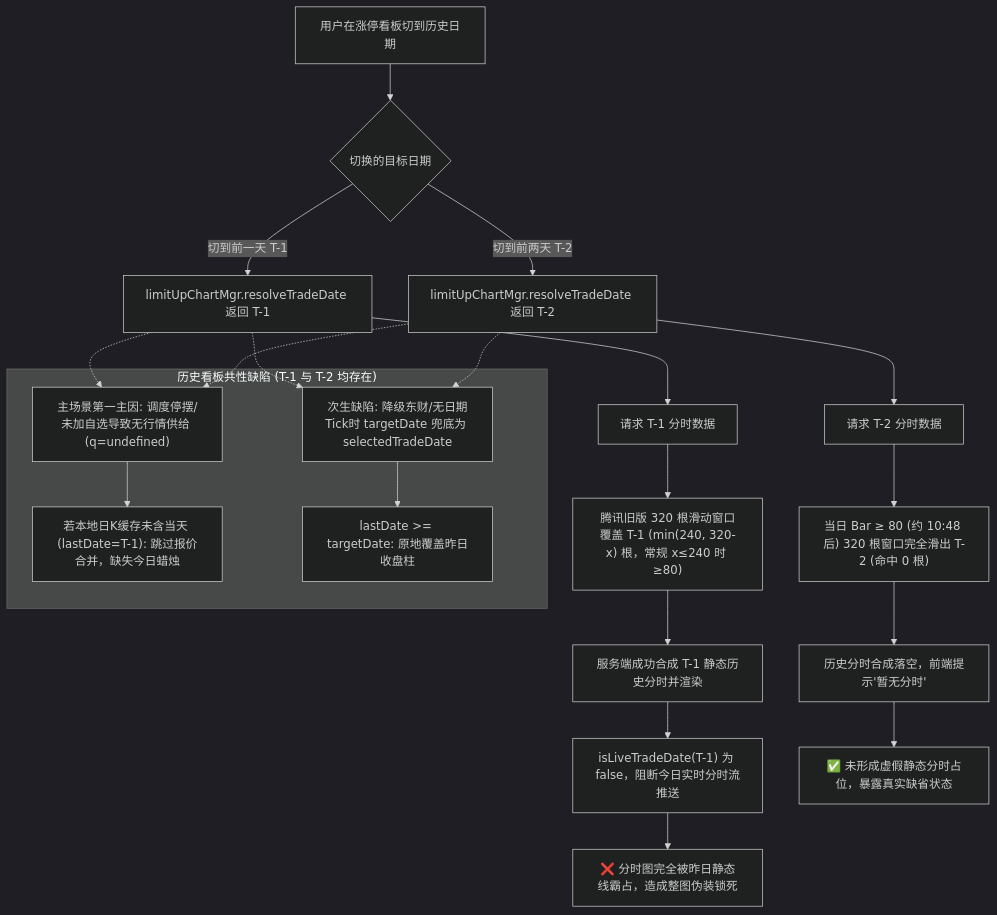
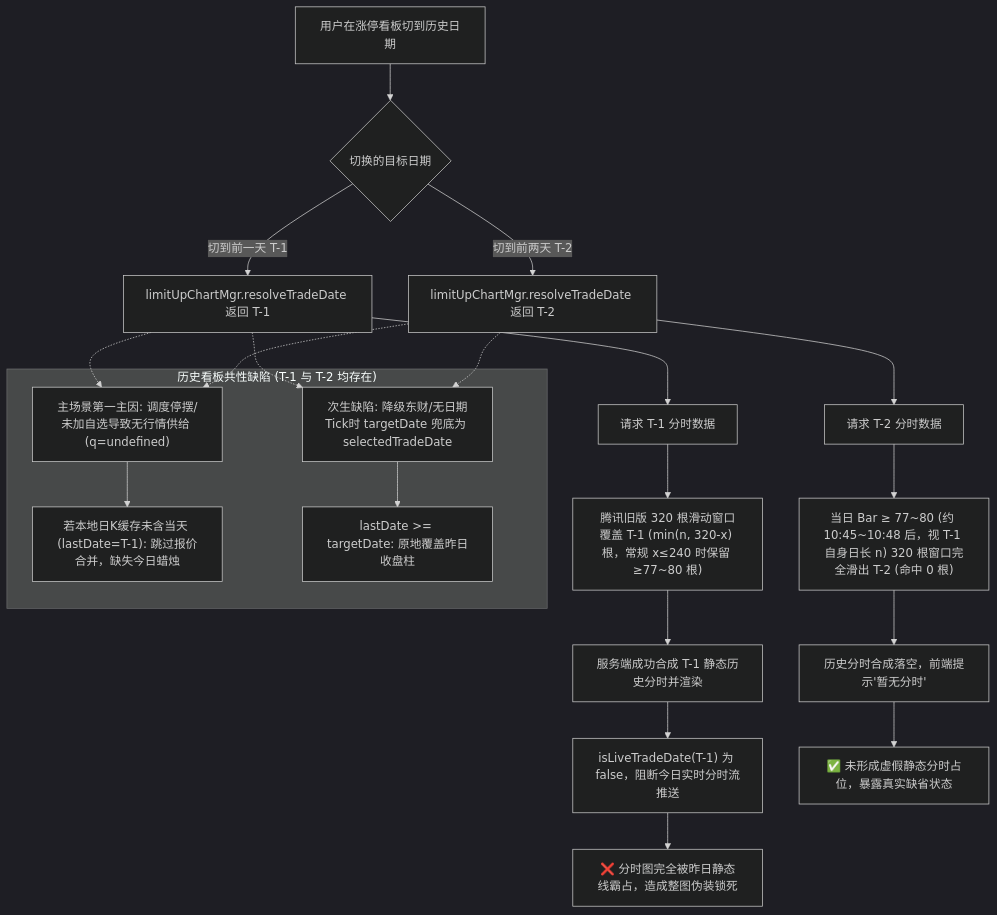
The diagram in docs/handoff/2026-09-14-limit-up-chart-date-flip-investigation-and-resolution-handoff.md (SeptYagu/market-voice-alert), drawn with Mermaid (dark theme) before and after one commit. The commit also changed other lines of this file and 2 other files, not shown here.

````diff
--- a/docs/handoff/2026-09-14-limit-up-chart-date-flip-investigation-and-resolution-handoff.md
+++ b/docs/handoff/2026-09-14-limit-up-chart-date-flip-investigation-and-resolution-handoff.md
@@ -16,28 +16,28 @@
 ```mermaid
 flowchart TD
     A["用户在涨停看板切到历史日期"] --> B{"切换的目标日期"}
     B -->|切到前一天 T-1| C["limitUpChartMgr.resolveTradeDate 返回 T-1"]
     B -->|切到前两天 T-2| D["limitUpChartMgr.resolveTradeDate 返回 T-2"]
     
     C --> E["请求 T-1 分时数据"]
-    E --> F["腾讯旧版 320 根滑动窗口覆盖 T-1 (min(240, 320-x) 根，常规 x≤240 时 ≥80)"]
+    E --> F["腾讯旧版 320 根滑动窗口覆盖 T-1 (min(n, 320-x) 根，常规 x≤240 时保留 ≥77~80 根)"]
     F --> G["服务端成功合成 T-1 静态历史分时并渲染"]
     G --> H["isLiveTradeDate(T-1) 为 false，阻断今日实时分时流推送"]
     H --> I["❌ 分时图完全被昨日静态线霸占，造成整图伪装锁死"]
 
     D --> J["请求 T-2 分时数据"]
-    J --> K["当日 Bar ≥ 80 (约 10:48 后) 320 根窗口完全滑出 T-2 (命中 0 根)"]
+    J --> K["当日 Bar ≥ 77~80 (约 10:45~10:48 后，视 T-1 自身日长 n) 320 根窗口完全滑出 T-2 (命中 0 根)"]
     K --> L["历史分时合成落空，前端提示'暂无分时'"]
     L --> M["✅ 未形成虚假静态分时占位，暴露真实缺省状态"]
 
     subgraph 共性缺陷["历史看板共性缺陷 (T-1 与 T-2 均存在)"]
         N1["主场景第一主因: 调度停摆/未加自选导致无行情供给 (q=undefined)"]
         N1 --> O1["若本地日K缓存未含当天 (lastDate=T-1): 跳过报价合并，缺失今日蜡烛"]
         N2["次生缺陷: 降级东财/无日期Tick时 targetDate 兜底为 selectedTradeDate"]
         N2 --> O2["lastDate >= targetDate: 原地覆盖昨日收盘柱"]
     end
     C -.-> N1
     D -.-> N1
     C -.-> N2
     D -.-> N2
 ```
````
